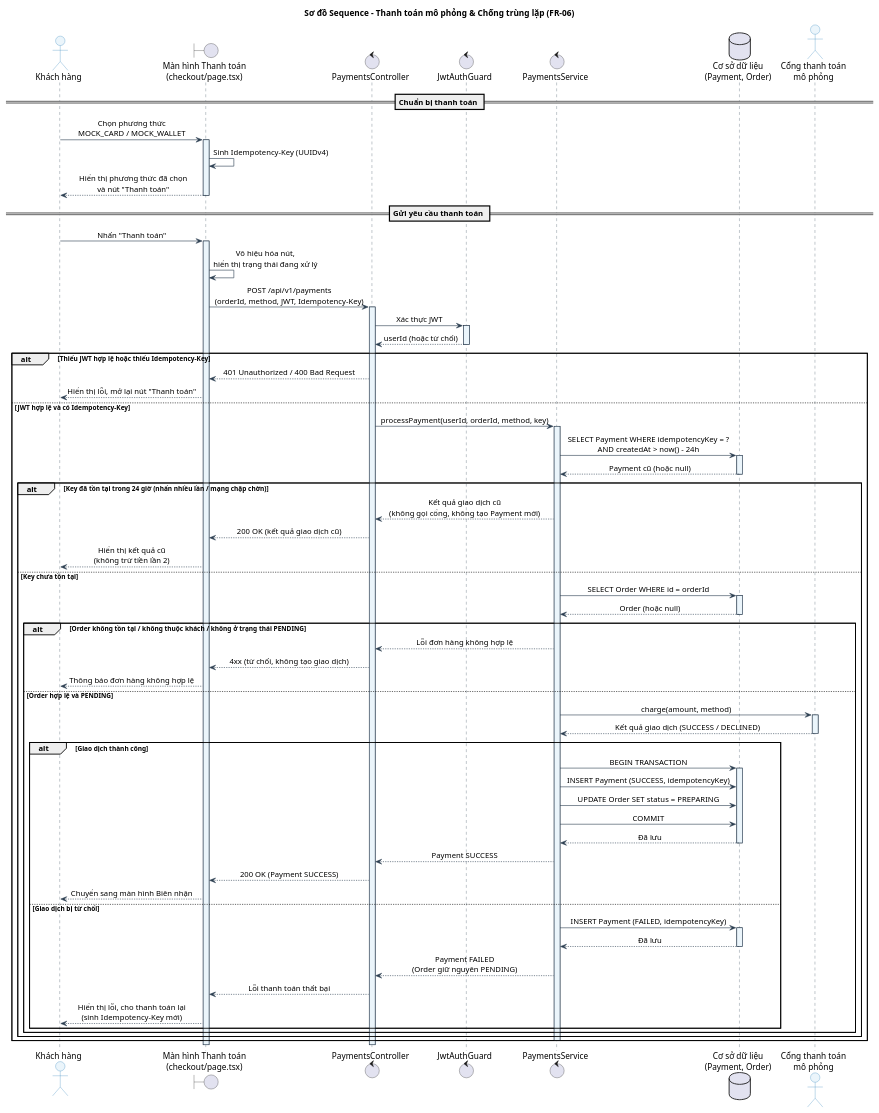
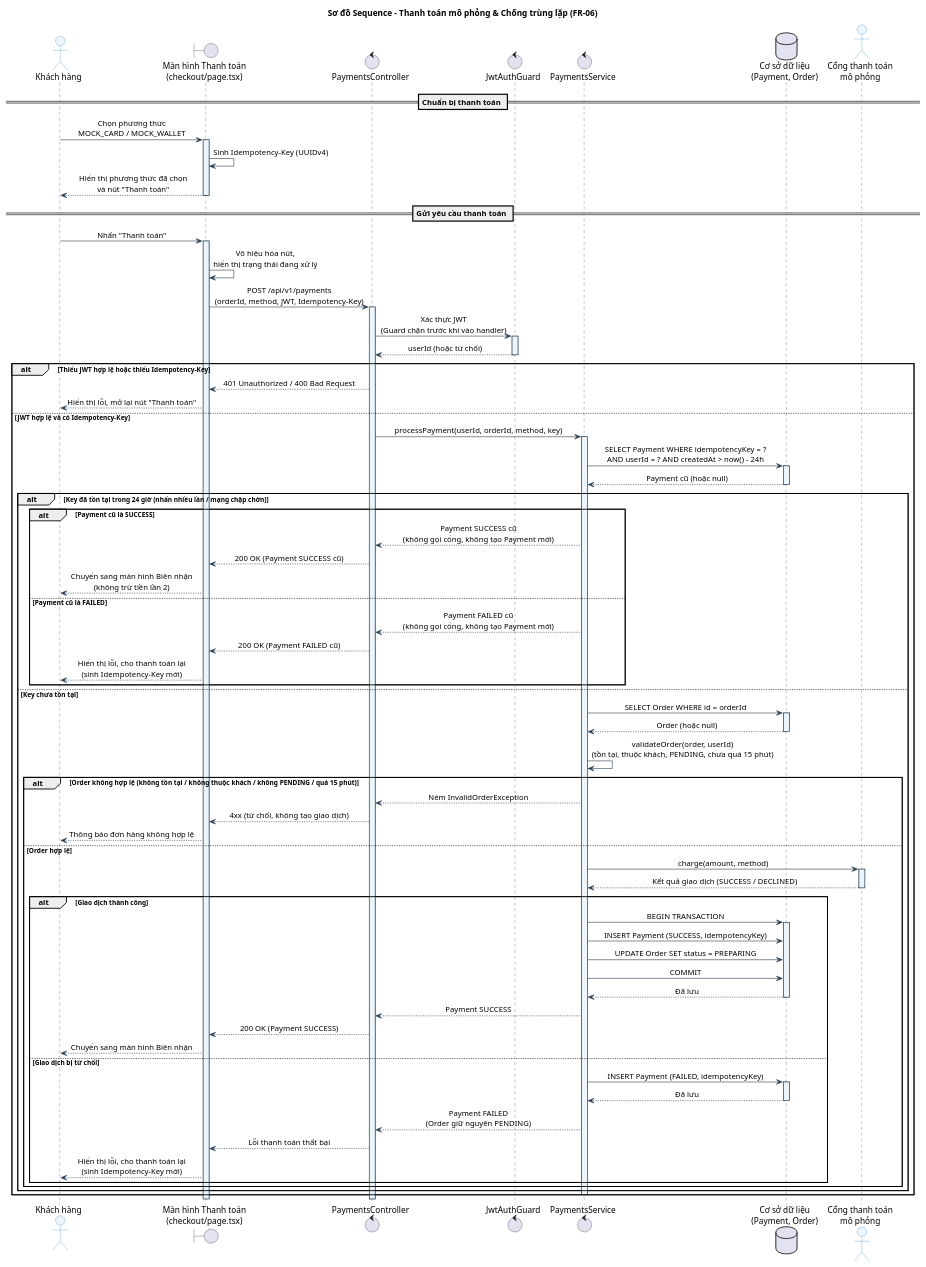
Before and after one commit to Phuc280106/BrewLite2: the diagram in docs/diagrams/payment/sequence-payment.puml, drawn with PlantUML. The commit also changed 7 other files, not shown here.

```diff
--- a/docs/diagrams/payment/sequence-payment.puml
+++ b/docs/diagrams/payment/sequence-payment.puml
@@ -1,107 +1,115 @@
 @startuml
 title Sơ đồ Sequence - Thanh toán mô phỏng & Chống trùng lặp (FR-06)
 
 skinparam backgroundColor white
 skinparam sequence {
     ArrowColor #2C3E50
     LifeLineBorderColor #2C3E50
     LifeLineBorderThickness 1.5
     LifeLineBackgroundColor #EBF5FB
     ParticipantBorderColor #2980B9
     ParticipantBackgroundColor #EBF5FB
     ParticipantFontColor #1B4F72
     ActorBorderColor #2980B9
     ActorBackgroundColor #EBF5FB
     BoxBorderColor #2C3E50
     BoxBackgroundColor #FFFFFF
     MessageAlign center
     ResponseMessageBelowArrow true
 }
 
 actor "Khách hàng" as User
 boundary "Màn hình Thanh toán\n(checkout/page.tsx)" as CheckoutUI
 control "PaymentsController" as Controller
 control "JwtAuthGuard" as Guard
 control "PaymentsService" as Service
 database "Cơ sở dữ liệu\n(Payment, Order)" as DB
 actor "Cổng thanh toán\nmô phỏng" as Gateway
 
 == Chuẩn bị thanh toán ==
 User -> CheckoutUI : Chọn phương thức\nMOCK_CARD / MOCK_WALLET
 activate CheckoutUI
 CheckoutUI -> CheckoutUI : Sinh Idempotency-Key (UUIDv4)
 CheckoutUI --> User : Hiển thị phương thức đã chọn\nvà nút "Thanh toán"
 deactivate CheckoutUI
 
 == Gửi yêu cầu thanh toán ==
 User -> CheckoutUI : Nhấn "Thanh toán"
 activate CheckoutUI
 CheckoutUI -> CheckoutUI : Vô hiệu hóa nút,\nhiển thị trạng thái đang xử lý
 CheckoutUI -> Controller : POST /api/v1/payments\n(orderId, method, JWT, Idempotency-Key)
 activate Controller
 
-Controller -> Guard : Xác thực JWT
+Controller -> Guard : Xác thực JWT\n(Guard chặn trước khi vào handler)
 activate Guard
 Guard --> Controller : userId (hoặc từ chối)
 deactivate Guard
 
 alt Thiếu JWT hợp lệ hoặc thiếu Idempotency-Key
     Controller --> CheckoutUI : 401 Unauthorized / 400 Bad Request
     CheckoutUI --> User : Hiển thị lỗi, mở lại nút "Thanh toán"
 else JWT hợp lệ và có Idempotency-Key
     Controller -> Service : processPayment(userId, orderId, method, key)
     activate Service
 
-    Service -> DB : SELECT Payment WHERE idempotencyKey = ?\nAND createdAt > now() - 24h
+    Service -> DB : SELECT Payment WHERE idempotencyKey = ?\nAND userId = ? AND createdAt > now() - 24h
     activate DB
     DB --> Service : Payment cũ (hoặc null)
     deactivate DB
 
     alt Key đã tồn tại trong 24 giờ (nhấn nhiều lần / mạng chập chờn)
-        Service --> Controller : Kết quả giao dịch cũ\n(không gọi cổng, không tạo Payment mới)
-        Controller --> CheckoutUI : 200 OK (kết quả giao dịch cũ)
-        CheckoutUI --> User : Hiển thị kết quả cũ\n(không trừ tiền lần 2)
+        alt Payment cũ là SUCCESS
+            Service --> Controller : Payment SUCCESS cũ\n(không gọi cổng, không tạo Payment mới)
+            Controller --> CheckoutUI : 200 OK (Payment SUCCESS cũ)
+            CheckoutUI --> User : Chuyển sang màn hình Biên nhận\n(không trừ tiền lần 2)
+        else Payment cũ là FAILED
+            Service --> Controller : Payment FAILED cũ\n(không gọi cổng, không tạo Payment mới)
+            Controller --> CheckoutUI : 200 OK (Payment FAILED cũ)
+            CheckoutUI --> User : Hiển thị lỗi, cho thanh toán lại\n(sinh Idempotency-Key mới)
+        end
     else Key chưa tồn tại
         Service -> DB : SELECT Order WHERE id = orderId
         activate DB
         DB --> Service : Order (hoặc null)
         deactivate DB
 
-        alt Order không tồn tại / không thuộc khách / không ở trạng thái PENDING
-            Service --> Controller : Lỗi đơn hàng không hợp lệ
+        Service -> Service : validateOrder(order, userId)\n(tồn tại, thuộc khách, PENDING, chưa quá 15 phút)
+
+        alt Order không hợp lệ (không tồn tại / không thuộc khách / không PENDING / quá 15 phút)
+            Service --> Controller : Ném InvalidOrderException
             Controller --> CheckoutUI : 4xx (từ chối, không tạo giao dịch)
             CheckoutUI --> User : Thông báo đơn hàng không hợp lệ
-        else Order hợp lệ và PENDING
+        else Order hợp lệ
             Service -> Gateway : charge(amount, method)
             activate Gateway
             Gateway --> Service : Kết quả giao dịch (SUCCESS / DECLINED)
             deactivate Gateway
 
             alt Giao dịch thành công
                 Service -> DB : BEGIN TRANSACTION
                 activate DB
                 Service -> DB : INSERT Payment (SUCCESS, idempotencyKey)
                 Service -> DB : UPDATE Order SET status = PREPARING
                 Service -> DB : COMMIT
                 DB --> Service : Đã lưu
                 deactivate DB
                 Service --> Controller : Payment SUCCESS
                 Controller --> CheckoutUI : 200 OK (Payment SUCCESS)
                 CheckoutUI --> User : Chuyển sang màn hình Biên nhận
             else Giao dịch bị từ chối
                 Service -> DB : INSERT Payment (FAILED, idempotencyKey)
                 activate DB
                 DB --> Service : Đã lưu
                 deactivate DB
                 Service --> Controller : Payment FAILED\n(Order giữ nguyên PENDING)
                 Controller --> CheckoutUI : Lỗi thanh toán thất bại
                 CheckoutUI --> User : Hiển thị lỗi, cho thanh toán lại\n(sinh Idempotency-Key mới)
             end
         end
     end
     deactivate Service
 end
 deactivate Controller
 deactivate CheckoutUI
 
 @enduml
```
